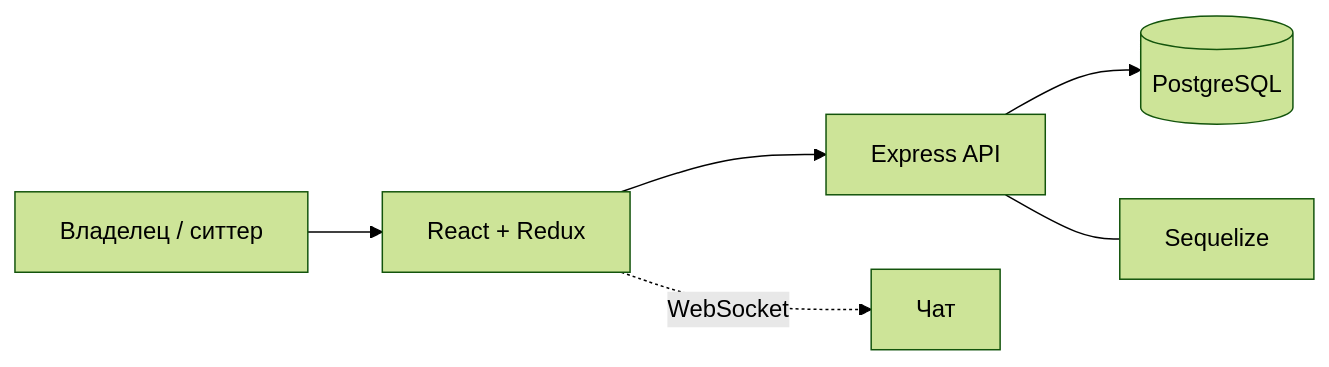
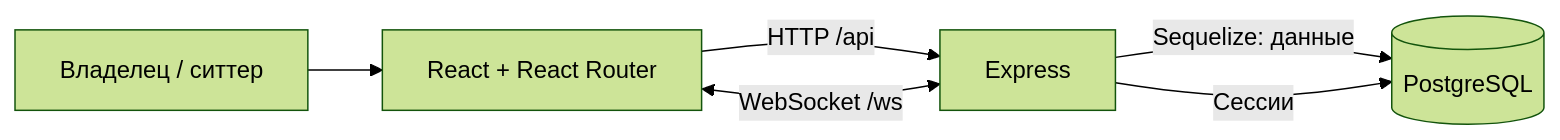
The diagram in README.md (Andrew-Kotlov/Pet-Travel), drawn with Mermaid (forest theme) before and after one commit. The commit also changed other lines of this file and 13 other files, not shown here.

````diff
--- a/README.md
+++ b/README.md
@@ -37,8 +80,8 @@
 ```mermaid
 flowchart LR
-    A["Владелец / ситтер"] --> B["React + Redux"]
-    B --> C["Express API"]
-    C --> D[("PostgreSQL")]
-    C --- E["Sequelize"]
-    B -. "WebSocket" .-> F["Чат"]
+    A["Владелец / ситтер"] --> B["React + React Router"]
+    B -->|"HTTP /api"| C["Express"]
+    B <-->|"WebSocket /ws"| C
+    C -->|"Sequelize: данные"| D[("PostgreSQL")]
+    C -->|"Сессии"| D
 ```
````
